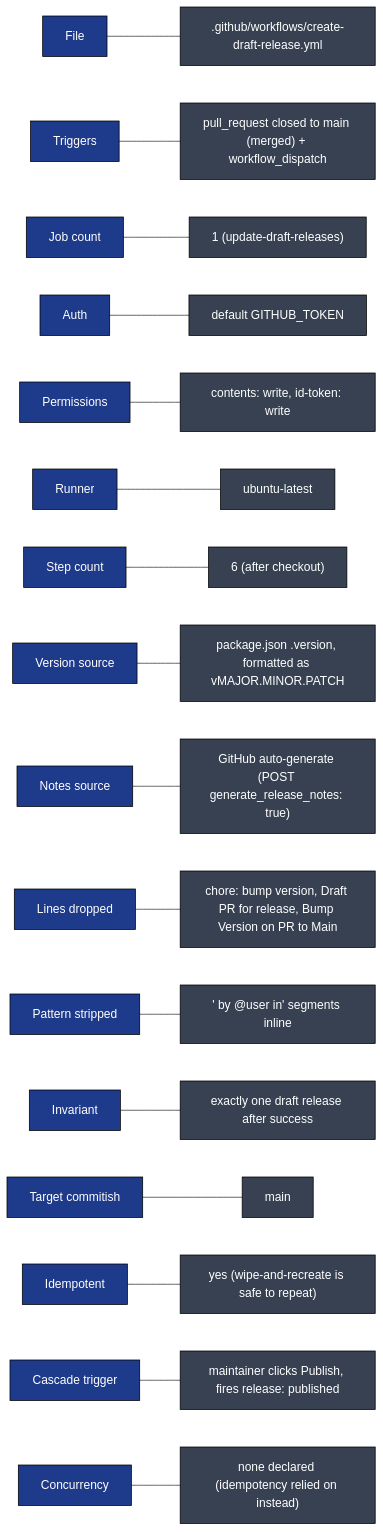
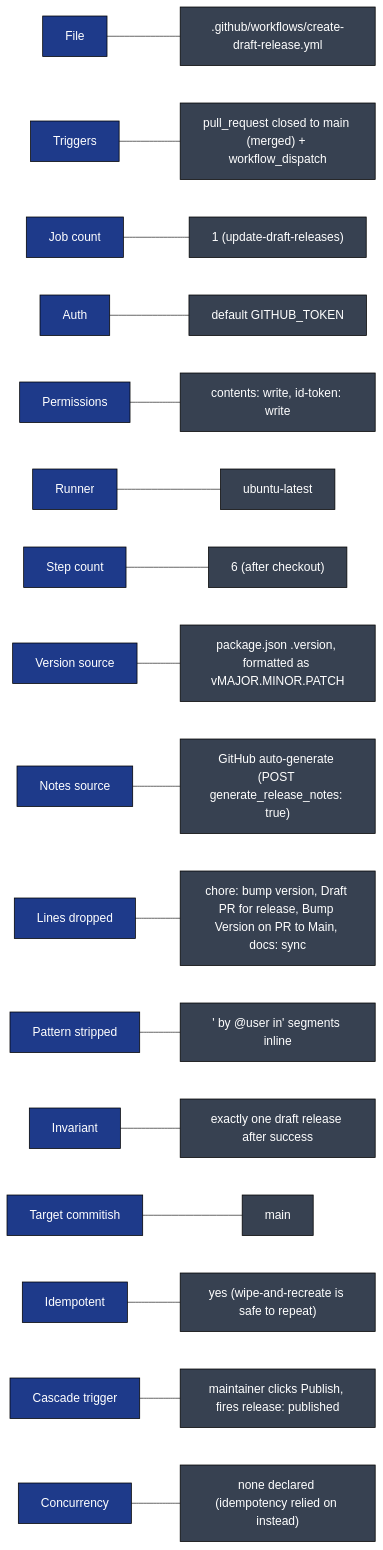
One commit to gregreindel/llm-exe changed diagram 11 of 11 in .github/docs/CREATE_DRAFT_RELEASE_DEEP_DIVE.md. Above: the diagram before and after it, drawn with Mermaid. The commit also changed other lines of this file and 2 other files, not shown here.

Commit message:
docs: sync CREATE_DRAFT_RELEASE deep dive after release notes cleaning change

````diff
--- a/.github/docs/CREATE_DRAFT_RELEASE_DEEP_DIVE.md
+++ b/.github/docs/CREATE_DRAFT_RELEASE_DEEP_DIVE.md
@@ -459,22 +464,22 @@
 ```mermaid
 flowchart LR
     classDef k fill:#1e3a8a,color:#fff,stroke:#000
     classDef v fill:#374151,color:#fff,stroke:#000
 
     K1["File"]:::k --- V1[".github/workflows/create-draft-release.yml"]:::v
     K2["Triggers"]:::k --- V2["pull_request closed to main (merged) + workflow_dispatch"]:::v
     K3["Job count"]:::k --- V3["1 (update-draft-releases)"]:::v
     K4["Auth"]:::k --- V4["default GITHUB_TOKEN"]:::v
     K5["Permissions"]:::k --- V5["contents: write, id-token: write"]:::v
     K6["Runner"]:::k --- V6["ubuntu-latest"]:::v
     K7["Step count"]:::k --- V7["6 (after checkout)"]:::v
     K8["Version source"]:::k --- V8["package.json .version, formatted as vMAJOR.MINOR.PATCH"]:::v
     K9["Notes source"]:::k --- V9["GitHub auto-generate (POST generate_release_notes: true)"]:::v
-    K10["Lines dropped"]:::k --- V10["chore: bump version, Draft PR for release, Bump Version on PR to Main"]:::v
+    K10["Lines dropped"]:::k --- V10["chore: bump version, Draft PR for release, Bump Version on PR to Main, docs: sync"]:::v
     K11["Pattern stripped"]:::k --- V11["' by @user in' segments inline"]:::v
     K12["Invariant"]:::k --- V12["exactly one draft release after success"]:::v
     K13["Target commitish"]:::k --- V13["main"]:::v
     K14["Idempotent"]:::k --- V14["yes (wipe-and-recreate is safe to repeat)"]:::v
     K15["Cascade trigger"]:::k --- V15["maintainer clicks Publish, fires release: published"]:::v
     K16["Concurrency"]:::k --- V16["none declared (idempotency relied on instead)"]:::v
 ```
````
